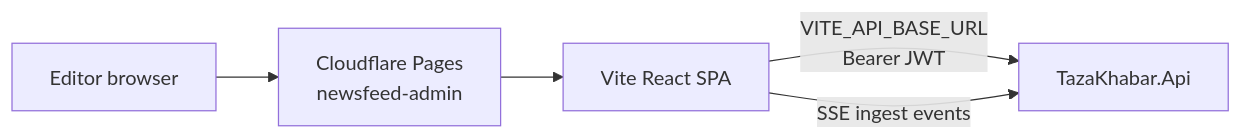
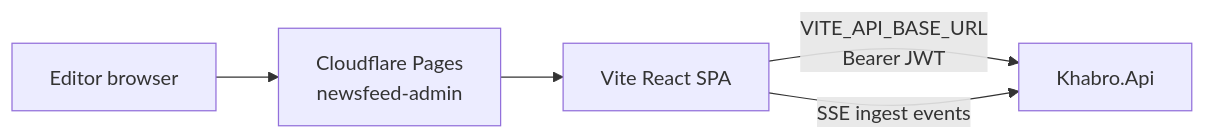
Before and after one commit to sshivanshg/TAZAkhabar: the first of 2 diagrams in docs/architecture/05-admin.md, drawn with Mermaid. The commit also changed other lines of this file and 91 other files, not shown here.

````diff
--- a/docs/architecture/05-admin.md
+++ b/docs/architecture/05-admin.md
@@ -17,7 +17,7 @@
 ```mermaid
 flowchart LR
   Editor[Editor browser] --> Pages[Cloudflare Pages<br/>newsfeed-admin]
   Pages --> SPA[Vite React SPA]
-  SPA -->|VITE_API_BASE_URL<br/>Bearer JWT| API[TazaKhabar.Api]
+  SPA -->|VITE_API_BASE_URL<br/>Bearer JWT| API[Khabro.Api]
   SPA -->|SSE ingest events| API
 ```
````
